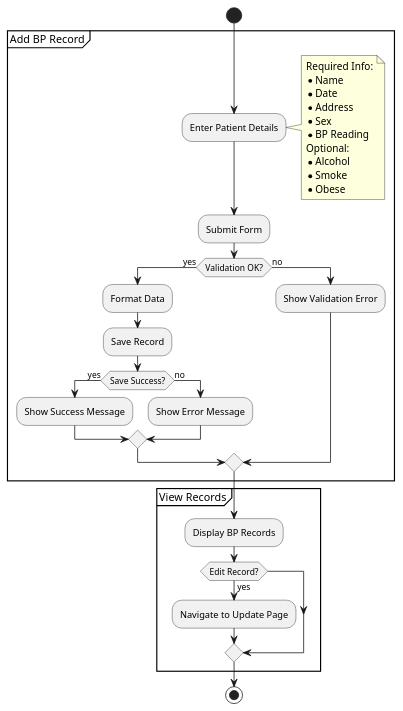
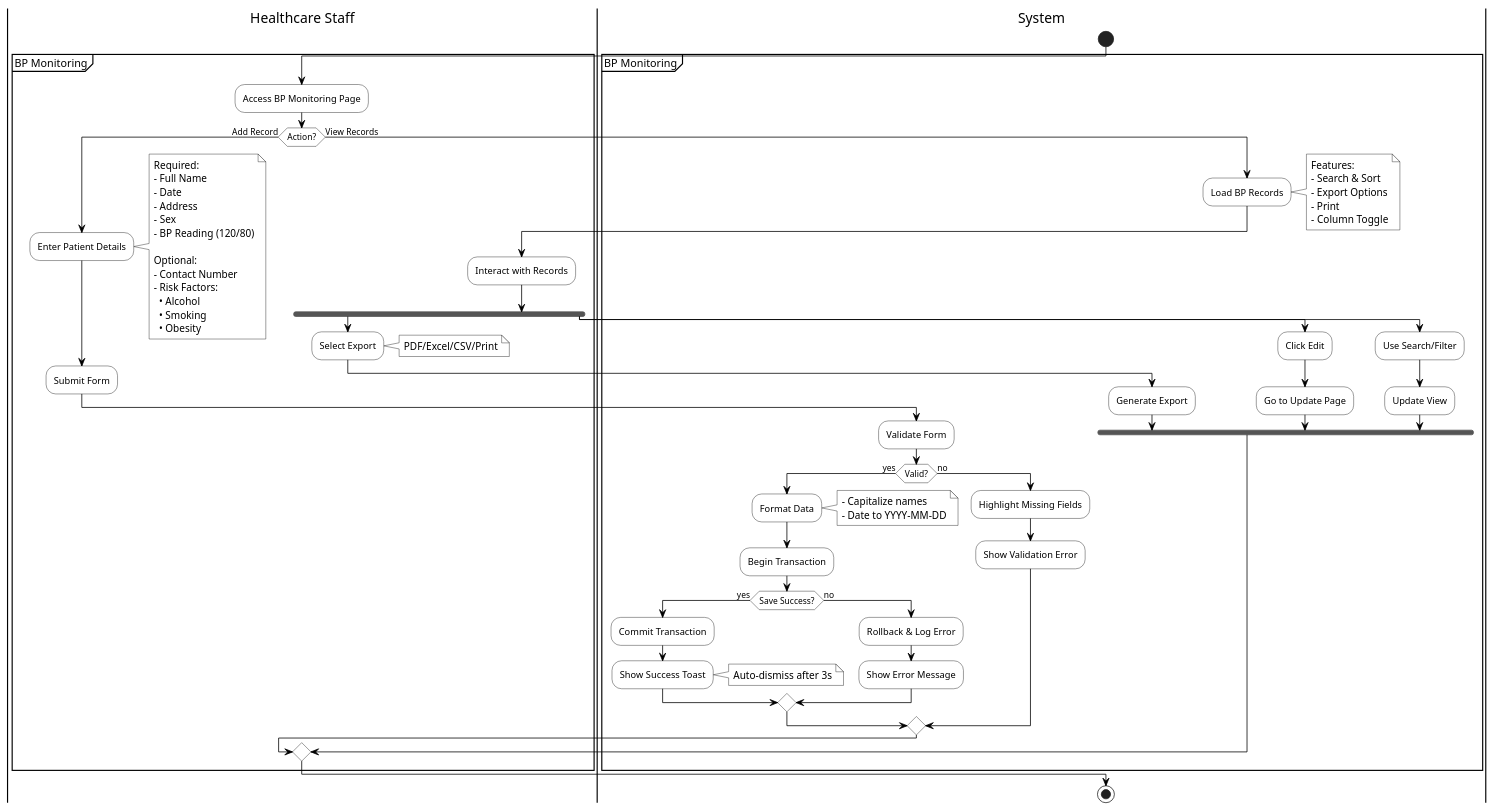
One commit to KuroKage-001/Mamatid_MedClinic changed the diagram in dist/diagrams/Activity_Diagrams/bp_monitoring.activity.puml. Above: the diagram before and after it, drawn with PlantUML. The commit also changed 17 other files, not shown here.

```diff
--- a/dist/diagrams/Activity_Diagrams/bp_monitoring.activity.puml
+++ b/dist/diagrams/Activity_Diagrams/bp_monitoring.activity.puml
@@ -1,43 +1,98 @@
 @startuml BP Monitoring Activity
+skinparam monochrome true
+skinparam shadowing false
+skinparam ActivityBackgroundColor white
+skinparam ActivityBorderColor black
+skinparam ArrowColor black
+skinparam NoteBackgroundColor white
+skinparam NoteBorderColor black
+
+|Healthcare Staff|
+|System|
 
 start
 
-partition "Add BP Record" {
-  :Enter Patient Details;
-  note right
-    Required Info:
-    * Name
-    * Date
-    * Address
-    * Sex
-    * BP Reading
-    Optional:
-    * Alcohol
-    * Smoke
-    * Obese
-  end note
-  :Submit Form;
+partition "BP Monitoring" {
+  |Healthcare Staff|
+  :Access BP Monitoring Page;
   
-  if (Validation OK?) then (yes)
-    :Format Data;
-    :Save Record;
-    if (Save Success?) then (yes)
-      :Show Success Message;
+  if (Action?) then (Add Record)
+    :Enter Patient Details;
+    note right
+      Required:
+      - Full Name
+      - Date
+      - Address
+      - Sex
+      - BP Reading (120/80)
+      
+      Optional:
+      - Contact Number
+      - Risk Factors:
+        • Alcohol
+        • Smoking
+        • Obesity
+    end note
+    
+    :Submit Form;
+    
+    |System|
+    :Validate Form;
+    
+    if (Valid?) then (yes)
+      :Format Data;
+      note right
+        - Capitalize names
+        - Date to YYYY-MM-DD
+      end note
+      
+      :Begin Transaction;
+      
+      if (Save Success?) then (yes)
+        :Commit Transaction;
+        :Show Success Toast;
+        note right: Auto-dismiss after 3s
+      else (no)
+        :Rollback & Log Error;
+        :Show Error Message;
+      endif
+      
     else (no)
-      :Show Error Message;
+      :Highlight Missing Fields;
+      :Show Validation Error;
     endif
-  else (no)
-    :Show Validation Error;
-  endif
-}
-
-partition "View Records" {
-  :Display BP Records;
-  if (Edit Record?) then (yes)
-    :Navigate to Update Page;
+    
+  else (View Records)
+    |System|
+    :Load BP Records;
+    note right
+      Features:
+      - Search & Sort
+      - Export Options
+      - Print
+      - Column Toggle
+    end note
+    
+    |Healthcare Staff|
+    :Interact with Records;
+    
+    fork
+      :Select Export;
+      note right: PDF/Excel/CSV/Print
+      |System|
+      :Generate Export;
+    fork again
+      :Click Edit;
+      |System|
+      :Go to Update Page;
+    fork again
+      :Use Search/Filter;
+      |System|
+      :Update View;
+    end fork
   endif
 }
 
 stop
 
 @enduml 
```
